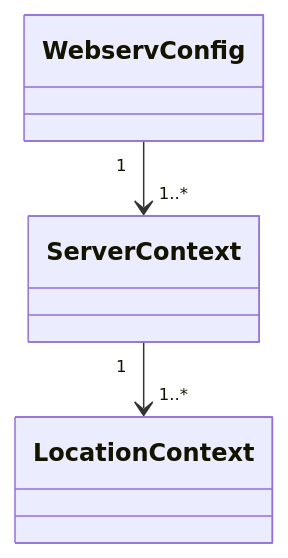
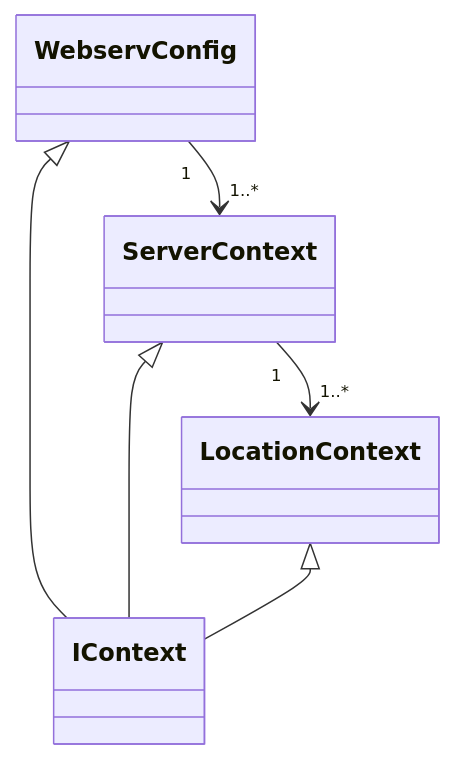
Before and after one commit to katataku/webserv: the diagram in docs/class/config_class.md, drawn with Mermaid.

Commit message:
doc: interfaceを定義してみた

````diff
--- a/docs/class/config_class.md
+++ b/docs/class/config_class.md
@@ -1,5 +1,9 @@
 ```mermaid
 classDiagram
+    WebservConfig <|-- IContext
+    ServerContext <|-- IContext
+    LocationContext <|-- IContext
+
     WebservConfig "1" --> "1..*" ServerContext
     ServerContext "1" --> "1..*" LocationContext
 ```
````
